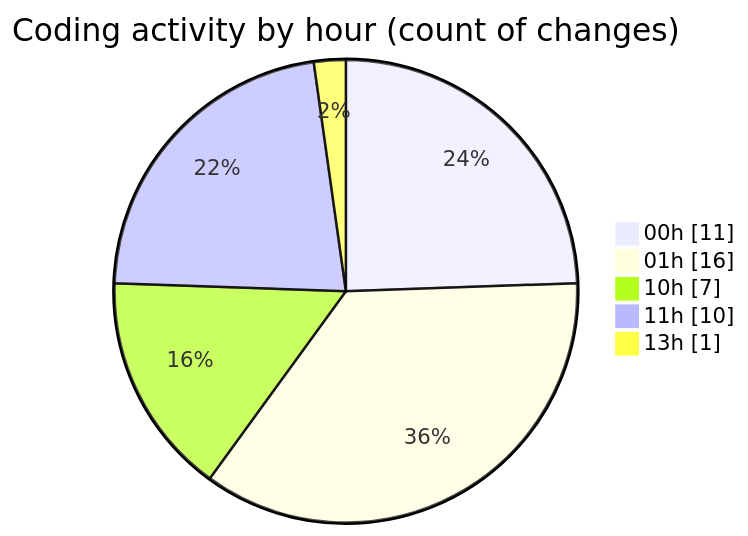
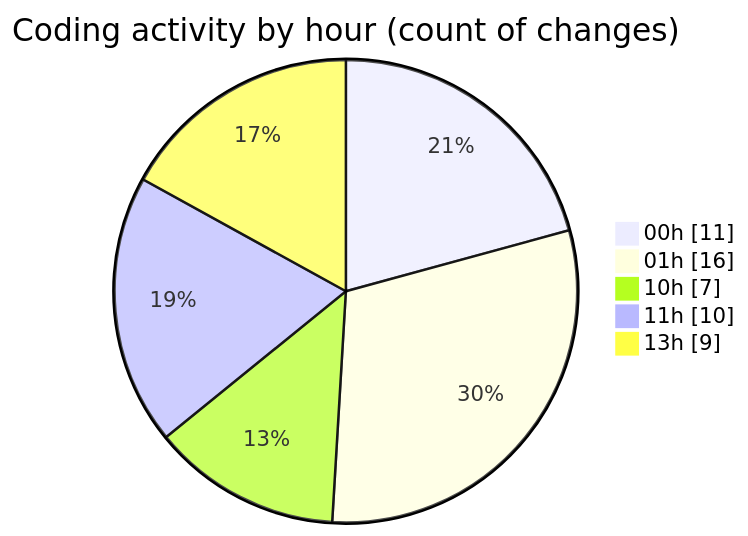
One commit to julien-gomy/code-tracking changed the second of 2 diagrams in 2025-10-11/eventscop-frontend-guide__workspace_/README.md. Above: the diagram before and after it, drawn with Mermaid. The commit also changed other lines of this file and 1 other file, not shown here.

````diff
--- a/2025-10-11/eventscop-frontend-guide__workspace_/README.md
+++ b/2025-10-11/eventscop-frontend-guide__workspace_/README.md
@@ -44,9 +44,9 @@
 ```mermaid
 pie showData
 title Coding activity by hour (count of changes)
 "00h" : 11
 "01h" : 16
 "10h" : 7
 "11h" : 10
-"13h" : 1
+"13h" : 9
 ```
````
